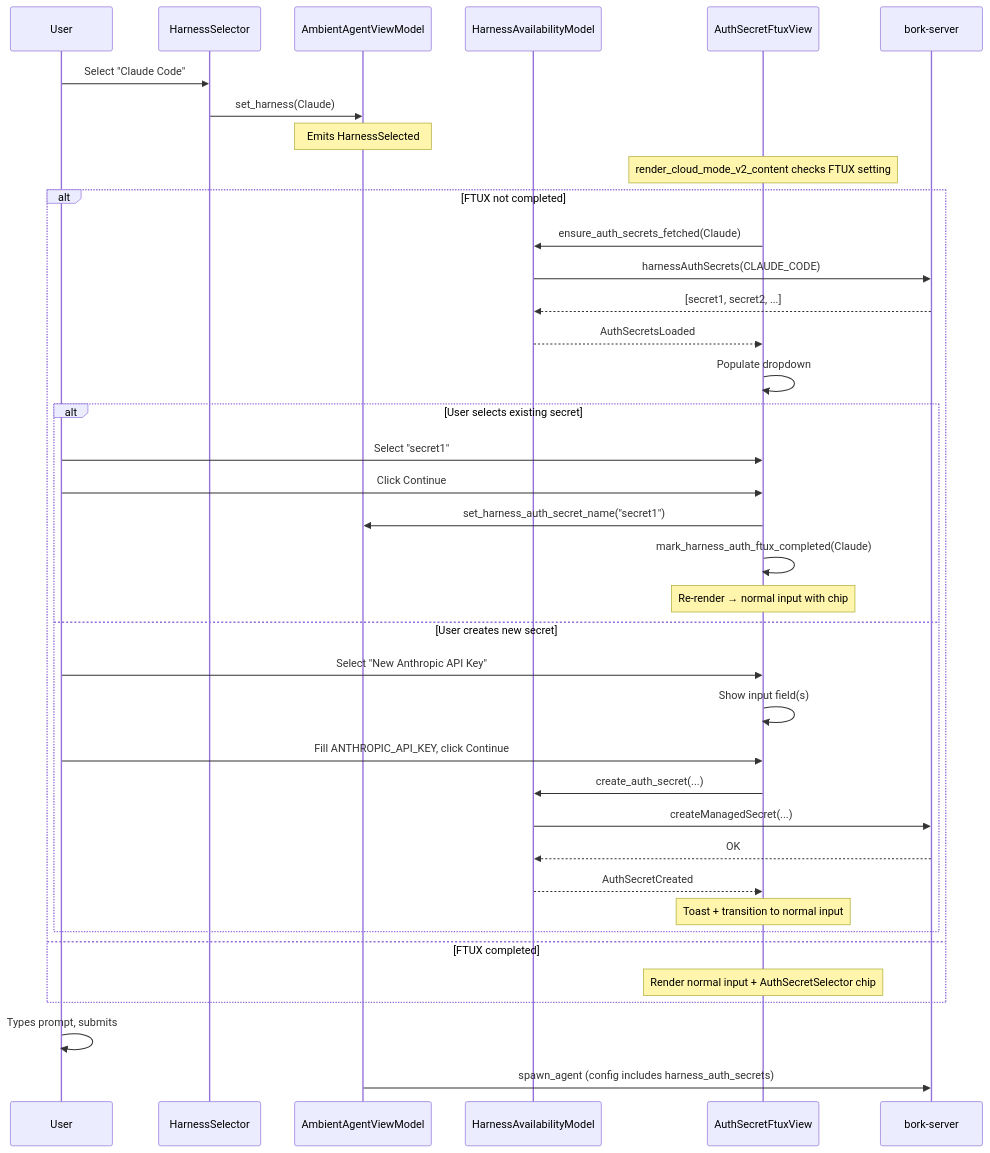
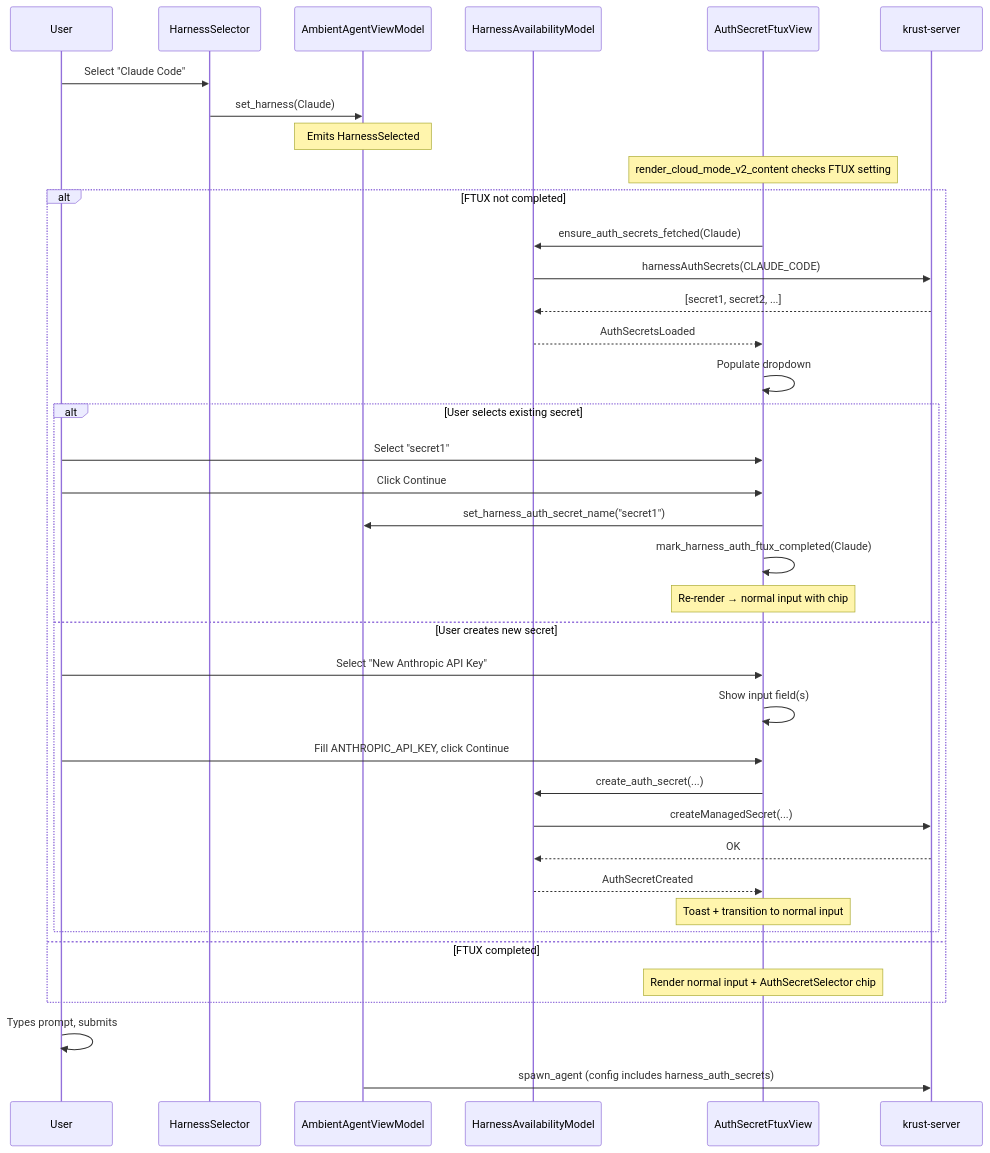
The diagram in specs/cloud-mode-auth-secrets/TECH.md (antikrust/krust-terminal), drawn with Mermaid before and after one commit. The commit also changed other lines of this file and 4480 other files, not shown here.

First line of the commit message:
Rebrand Bork -> Krust

````diff
--- a/specs/cloud-mode-auth-secrets/TECH.md
+++ b/specs/cloud-mode-auth-secrets/TECH.md
@@ -390,41 +390,41 @@
 ```mermaid
 sequenceDiagram
     participant User
     participant HarnessSelector
     participant AmbientAgentVM as AmbientAgentViewModel
     participant HarnessAvail as HarnessAvailabilityModel
     participant FtuxView as AuthSecretFtuxView
-    participant Server as bork-server
+    participant Server as krust-server
 
     User->>HarnessSelector: Select "Claude Code"
     HarnessSelector->>AmbientAgentVM: set_harness(Claude)
     Note over AmbientAgentVM: Emits HarnessSelected
     Note over FtuxView: render_cloud_mode_v2_content checks FTUX setting
     alt FTUX not completed
         FtuxView->>HarnessAvail: ensure_auth_secrets_fetched(Claude)
         HarnessAvail->>Server: harnessAuthSecrets(CLAUDE_CODE)
         Server-->>HarnessAvail: [secret1, secret2, ...]
         HarnessAvail-->>FtuxView: AuthSecretsLoaded
         FtuxView->>FtuxView: Populate dropdown
         alt User selects existing secret
             User->>FtuxView: Select "secret1"
             User->>FtuxView: Click Continue
             FtuxView->>AmbientAgentVM: set_harness_auth_secret_name("secret1")
             FtuxView->>FtuxView: mark_harness_auth_ftux_completed(Claude)
             Note over FtuxView: Re-render → normal input with chip
         else User creates new secret
             User->>FtuxView: Select "New Anthropic API Key"
             FtuxView->>FtuxView: Show input field(s)
             User->>FtuxView: Fill ANTHROPIC_API_KEY, click Continue
             FtuxView->>HarnessAvail: create_auth_secret(...)
             HarnessAvail->>Server: createManagedSecret(...)
             Server-->>HarnessAvail: OK
             HarnessAvail-->>FtuxView: AuthSecretCreated
             Note over FtuxView: Toast + transition to normal input
         end
     else FTUX completed
         Note over FtuxView: Render normal input + AuthSecretSelector chip
     end
     User->>User: Types prompt, submits
     AmbientAgentVM->>Server: spawn_agent (config includes harness_auth_secrets)
 ```
````
